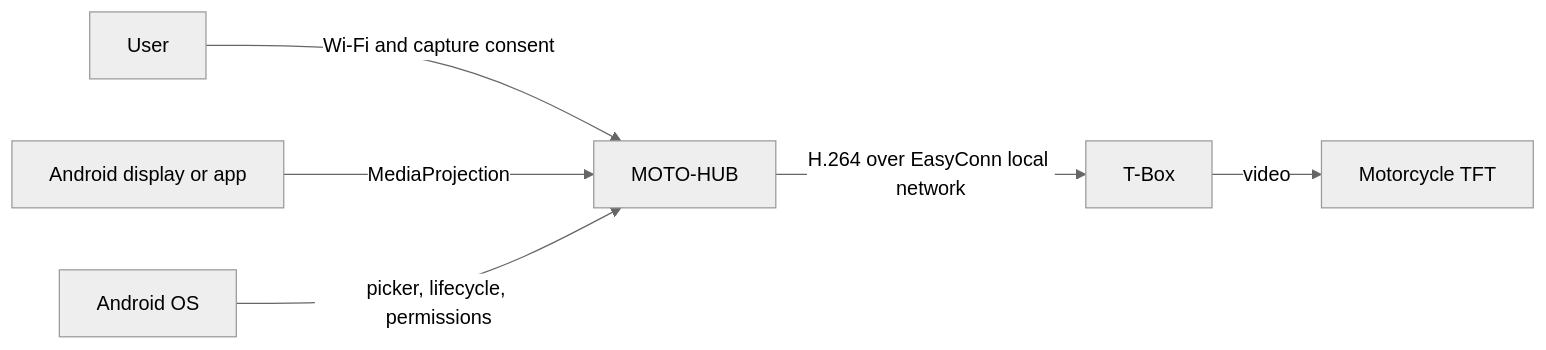
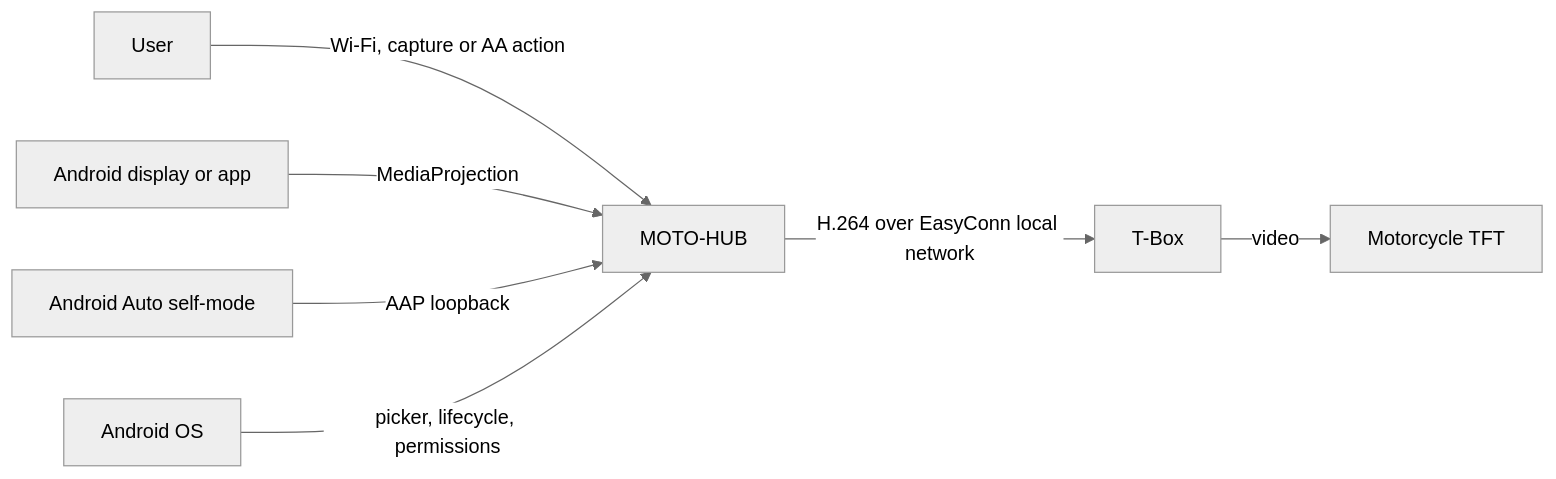
One commit to vincenzobpt/MOTO-HUB changed the first of 4 diagrams in documentation/ARCHITECTURE.md. Above: the diagram before and after it, drawn with Mermaid (neutral theme). The commit also changed other lines of this file and 283 other files, not shown here.

````diff
--- a/documentation/ARCHITECTURE.md
+++ b/documentation/ARCHITECTURE.md
@@ -18,8 +19,9 @@
 ```mermaid
 flowchart LR
-    User["User"] -->|"Wi-Fi and capture consent"| Hub["MOTO-HUB"]
+    User["User"] -->|"Wi-Fi, capture or AA action"| Hub["MOTO-HUB"]
     Source["Android display or app"] -->|"MediaProjection"| Hub
+    AA["Android Auto self-mode"] -->|"AAP loopback"| Hub
     Hub -->|"H.264 over EasyConn local network"| TBox["T-Box"]
     TBox -->|"video"| TFT["Motorcycle TFT"]
     Android["Android OS"] -->|"picker, lifecycle, permissions"| Hub
 ```
````
